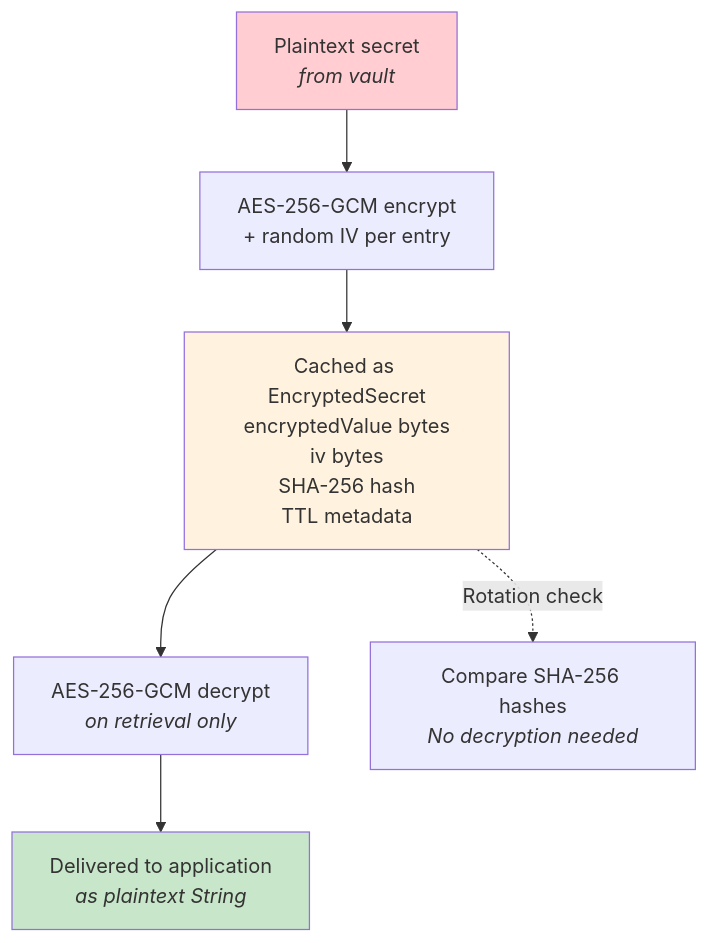
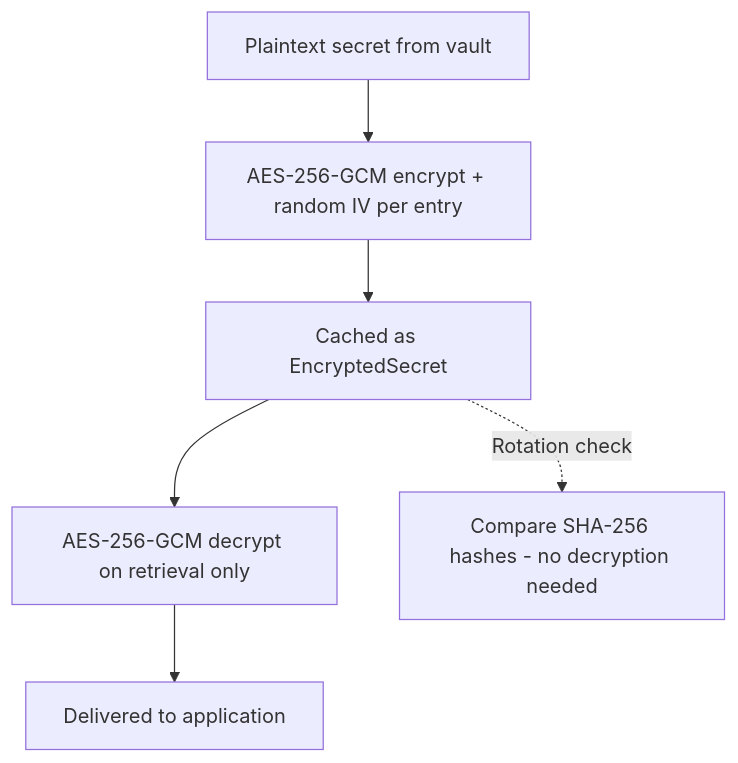
Before and after one commit to mehrez-ben-salem/secret-manager: the second of 2 diagrams in README.md, drawn with Mermaid. The commit also changed other lines of this file and 7 other files, not shown here.

````diff
--- a/README.md
+++ b/README.md
@@ -574,13 +368,8 @@
 ```mermaid
 flowchart TD
-    PLAIN["Plaintext secret<br/><i>from vault</i>"] --> ENC["AES-256-GCM encrypt<br/>+ random IV per entry"]
-    ENC --> STORE["Cached as EncryptedSecret<br/>encryptedValue bytes<br/>iv bytes<br/>SHA-256 hash<br/>TTL metadata"]
-    STORE --> DEC["AES-256-GCM decrypt<br/><i>on retrieval only</i>"]
-    DEC --> APP["Delivered to application<br/><i>as plaintext String</i>"]
-
-    STORE -.->|Rotation check| HASH["Compare SHA-256 hashes<br/><i>No decryption needed</i>"]
-
-    style PLAIN fill:#ffcdd2
-    style STORE fill:#fff3e0
-    style APP fill:#c8e6c9
+    PLAIN[Plaintext secret from vault] --> ENC[AES-256-GCM encrypt + random IV per entry]
+    ENC --> STORE[Cached as EncryptedSecret]
+    STORE --> DEC[AES-256-GCM decrypt on retrieval only]
+    DEC --> APP[Delivered to application]
+    STORE -.->|Rotation check| HASH[Compare SHA-256 hashes - no decryption needed]
 ```
````
